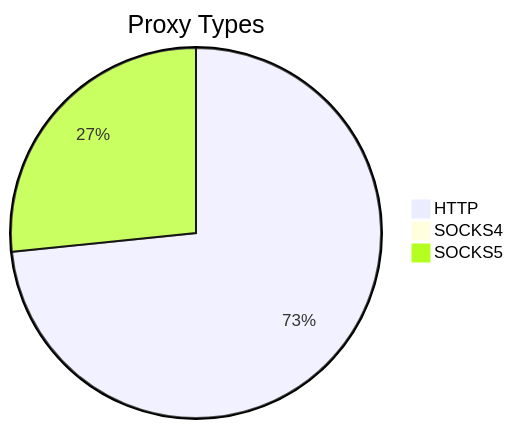
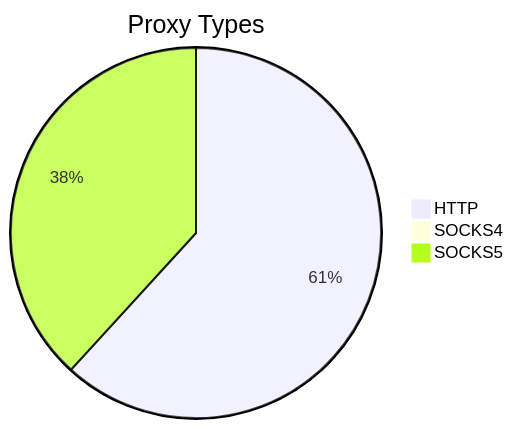
The first of 2 diagrams in README.md (stormsia/proxy-list), drawn with Mermaid before and after one commit. The commit also changed other lines of this file, not shown here.

````diff
--- a/README.md
+++ b/README.md
@@ -21,6 +21,6 @@
 ```mermaid
 pie title Proxy Types
-    "HTTP" : 1805
-    "SOCKS4" : 10
-    "SOCKS5" : 655
+    "HTTP" : 2191
+    "SOCKS4" : 18
+    "SOCKS5" : 1355
 ```
````
